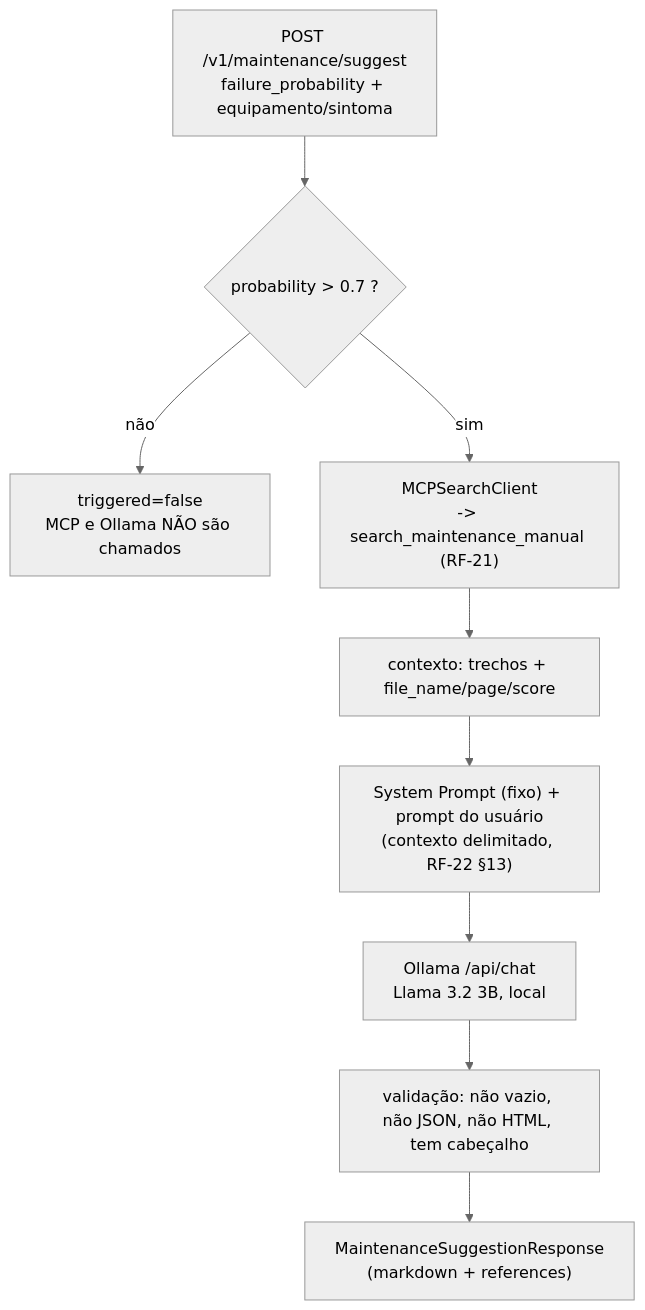
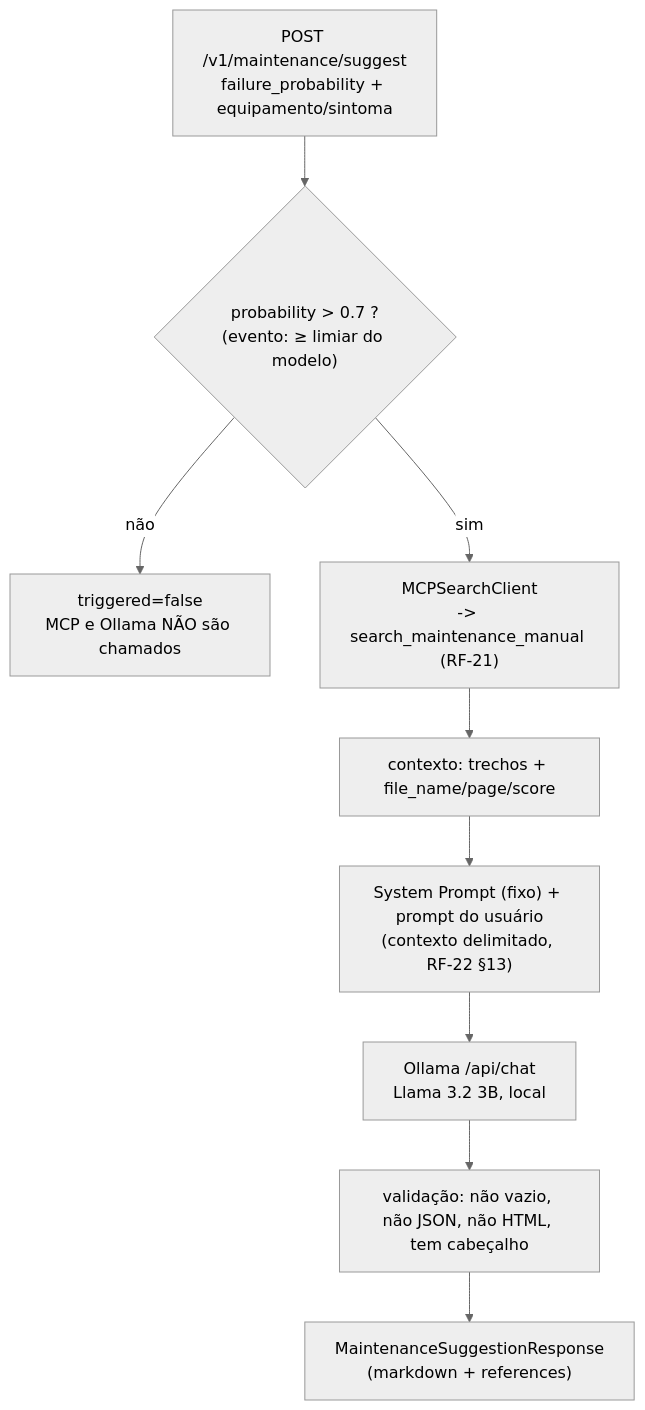
One commit to ronaldosimeone/tcc-project changed the eighth of 15 diagrams in README.md. Above: the diagram before and after it, drawn with Mermaid (neutral theme). The commit also changed other lines of this file and 3 other files, not shown here.

````diff
--- a/README.md
+++ b/README.md
@@ -753,11 +753,11 @@
 ```mermaid
 flowchart TD
-    REQ["POST /v1/maintenance/suggest<br/>failure_probability + equipamento/sintoma"] --> THR{"probability > 0.7 ?"}
+    REQ["POST /v1/maintenance/suggest<br/>failure_probability + equipamento/sintoma"] --> THR{"probability > 0.7 ?<br/>(evento: ≥ limiar do modelo)"}
     THR -->|"não"| SKIP["triggered=false<br/>MCP e Ollama NÃO são chamados"]
     THR -->|"sim"| MCP["MCPSearchClient<br/>-> search_maintenance_manual (RF-21)"]
     MCP --> CTX["contexto: trechos + file_name/page/score"]
     CTX --> PROMPT["System Prompt (fixo) + prompt do usuário<br/>(contexto delimitado, RF-22 §13)"]
     PROMPT --> OLLAMA["Ollama /api/chat<br/>Llama 3.2 3B, local"]
     OLLAMA --> VALID["validação: não vazio, não JSON, não HTML, tem cabeçalho"]
     VALID --> RESP["MaintenanceSuggestionResponse<br/>(markdown + references)"]
 ```
````
